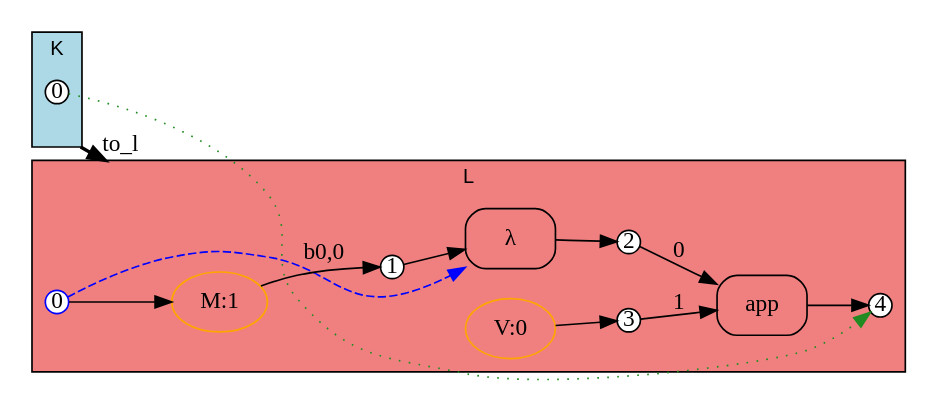
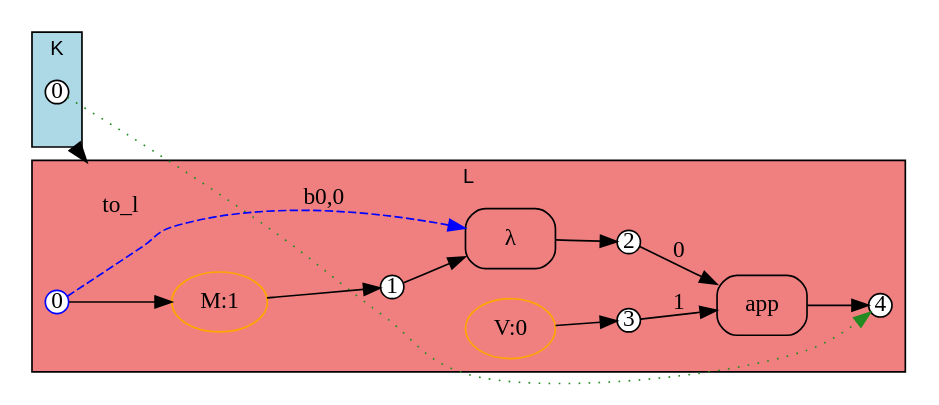
Before and after one commit to ammatsui/bhypvis: the diagram in crates/bhyp/images/test_example_beta_rule_instance_v_to_lambda_x_tx/rule_span_before_instantiation_to_l.dot, drawn with Graphviz. The commit also changed other lines of this file and 820 other files, not shown here.

Commit message:
remove reduncancies in architecture design

```diff
--- a/crates/bhyp/images/test_example_beta_rule_instance_v_to_lambda_x_tx/rule_span_before_instantiation_to_l.dot
+++ b/crates/bhyp/images/test_example_beta_rule_instance_v_to_lambda_x_tx/rule_span_before_instantiation_to_l.dot
@@ -1,52 +1,52 @@
 digraph Morphism {
   fontname="Helvetica"
   fontsize=12
   rankdir=LR;
   compound=true;
   newrank=true;
 
   subgraph cluster_domain {
     label="K";
     style=filled;
     fillcolor="lightblue";
     fontname="Helvetica";
     fontsize=12;
 
     dom_n0 [label="0", shape=circle, style=filled, fillcolor=white, color="black", width=0.2, height=0.2, fixedsize=true];
     dom_anchor [shape=point, width=0, height=0, style=invis];
   }
 
   subgraph cluster_codomain {
     label="L";
     style=filled;
     fillcolor="lightcoral";
     fontname="Helvetica";
     fontsize=12;
 
     cod_n0 [label="0", shape=circle, style=filled, fillcolor=white, color="blue", width=0.2, height=0.2, fixedsize=true];
-    cod_n2 [label="2", shape=circle, style=filled, fillcolor=white, color="black", width=0.2, height=0.2, fixedsize=true];
-    cod_n1 [label="1", shape=circle, style=filled, fillcolor=white, color="black", width=0.2, height=0.2, fixedsize=true];
     cod_n3 [label="3", shape=circle, style=filled, fillcolor=white, color="black", width=0.2, height=0.2, fixedsize=true];
     cod_n4 [label="4", shape=circle, style=filled, fillcolor=white, color="black", width=0.2, height=0.2, fixedsize=true];
-    cod_e1 [label="λ", shape=box, style=rounded, color="black"];
+    cod_n1 [label="1", shape=circle, style=filled, fillcolor=white, color="black", width=0.2, height=0.2, fixedsize=true];
+    cod_n2 [label="2", shape=circle, style=filled, fillcolor=white, color="black", width=0.2, height=0.2, fixedsize=true];
     cod_e0 [label="M:1", shape=ellipse, style=rounded, color="orange"];
     cod_e2 [label="V:0", shape=ellipse, style=rounded, color="orange"];
     cod_e3 [label="app", shape=box, style=rounded, color="black"];
-    cod_n1 -> cod_e1 [label=""];
-    cod_n0 -> cod_e1 [style=dashed, color="blue", constraint=false, label="b0,0"];
-    cod_e1 -> cod_n2 [label=""];
+    cod_e1 [label="λ", shape=box, style=rounded, color="black"];
     cod_n0 -> cod_e0 [label=""];
     cod_e0 -> cod_n1 [label=""];
     cod_e2 -> cod_n3 [label=""];
     cod_n2 -> cod_e3 [label="0"];
     cod_n3 -> cod_e3 [label="1"];
     cod_e3 -> cod_n4 [label=""];
+    cod_n1 -> cod_e1 [label=""];
+    cod_n0 -> cod_e1 [style=dashed, color="blue", constraint=false, label="b0,0"];
+    cod_e1 -> cod_n2 [label=""];
     cod_anchor [shape=point, width=0, height=0, style=invis];
   }
 
   // Morphism mappings
   dom_n0 -> cod_n4 [style=dotted, color=forestgreen, constraint=false];
 
   // Cluster-level morphism arrow
   dom_anchor -> cod_anchor [lhead=cluster_codomain, ltail=cluster_domain, style=bold, color=black, label="to_l", penwidth=2];
 }
```
